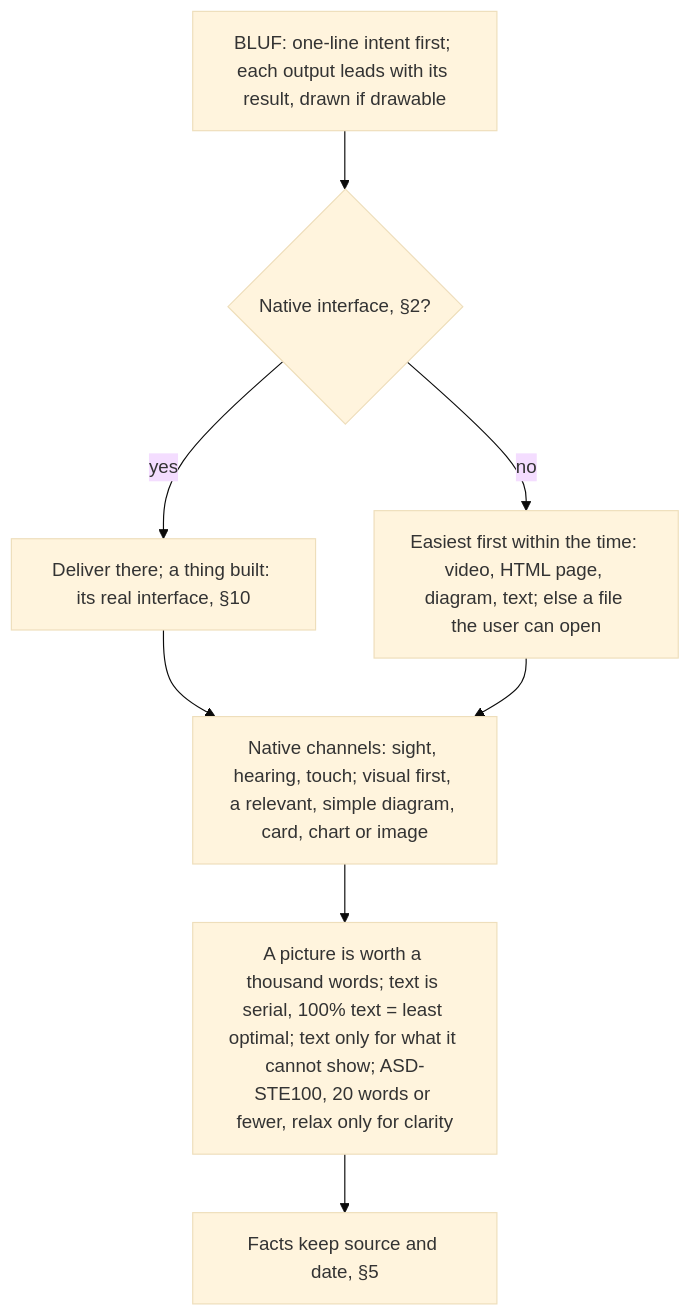
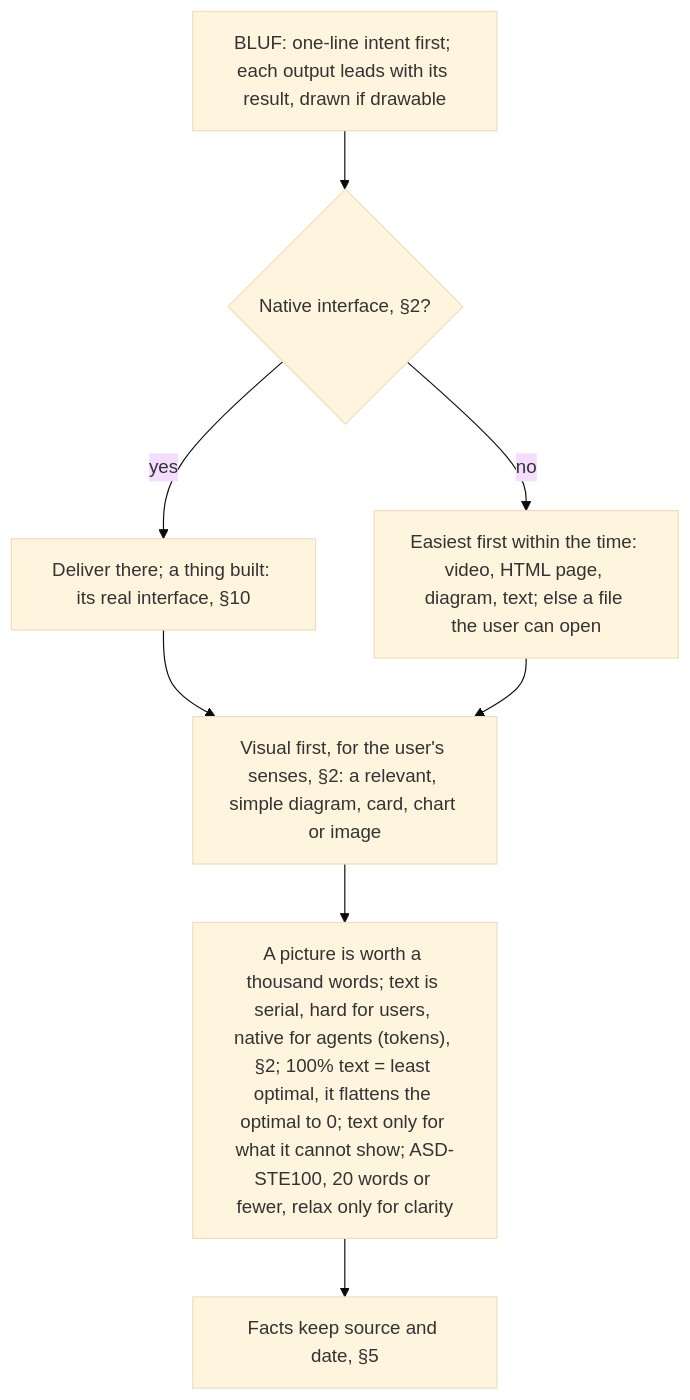
One commit to SolenixAI/arbiter changed diagram 12 of 14 in AGENTS.md. Above: the diagram before and after it, drawn with Mermaid (base theme). The commit also changed other lines of this file and 1 other file, not shown here.

First line of the commit message:
docs(agents): Optimal AUX: two sides of every experience, latency between (#26)

````diff
--- a/AGENTS.md
+++ b/AGENTS.md
@@ -488,10 +493,10 @@
 ```mermaid
 flowchart TD
   IL["BLUF: one-line intent first; each output leads with its result, drawn if drawable"] --> N{Native interface, §2?}
   N -->|yes| V["Deliver there; a thing built: its real interface, §10"]
   N -->|no| F["Easiest first within the time: video, HTML page, diagram, text; else a file the user can open"]
-  V --> VF["Native channels: sight, hearing, touch; visual first, a relevant, simple diagram, card, chart or image"]
+  V --> VF["Visual first, for the user's senses, §2: a relevant, simple diagram, card, chart or image"]
   F --> VF
-  VF --> T["A picture is worth a thousand words; text is serial, 100% text = least optimal; text only for what it cannot show; ASD-STE100, 20 words or fewer, relax only for clarity"]
+  VF --> T["A picture is worth a thousand words; text is serial, hard for users, native for agents (tokens), §2; 100% text = least optimal, it flattens the optimal to 0; text only for what it cannot show; ASD-STE100, 20 words or fewer, relax only for clarity"]
   T --> E["Facts keep source and date, §5"]
 ```
````
